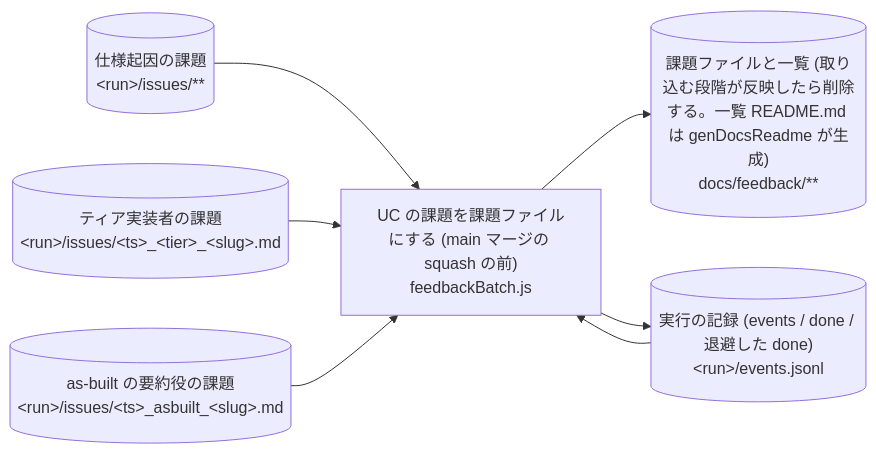
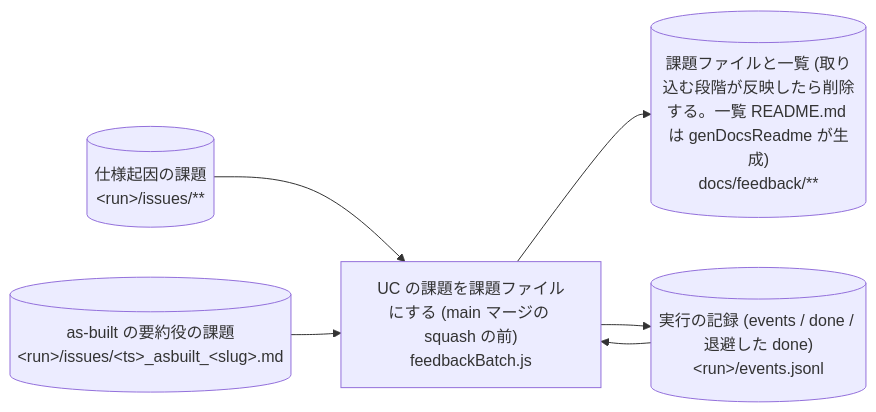
Before and after one commit to suwa-sh/suwa-sh-claude-plugins: diagram 52 of 53 in plugins/distillery2/skills/d2-common/references/dataflow.md, drawn with Mermaid. The commit also changed other lines of this file and 19 other files, not shown here.

````diff
--- a/plugins/distillery2/skills/d2-common/references/dataflow.md
+++ b/plugins/distillery2/skills/d2-common/references/dataflow.md
@@ -1232,15 +1252,13 @@
 ```mermaid
 flowchart LR
   p_run_uc_file_issues["UC の課題を課題ファイルにする (main マージの squash の前)<br/>feedbackBatch.js"]
   s_issues[("仕様起因の課題<br/>#lt;run#gt;/issues/**")]
-  s_issues_tier[("ティア実装者の課題<br/>#lt;run#gt;/issues/#lt;ts#gt;_#lt;tier#gt;_#lt;slug#gt;.md")]
   s_issues_asbuilt[("as-built の要約役の課題<br/>#lt;run#gt;/issues/#lt;ts#gt;_asbuilt_#lt;slug#gt;.md")]
   s_run_events[("実行の記録 (events / done / 退避した done)<br/>#lt;run#gt;/events.jsonl")]
   s_feedback_docs[("課題ファイルと一覧 (取り込む段階が反映したら削除する。一覧 README.md は genDocsReadme が生成)<br/>docs/feedback/**")]
   s_issues --> p_run_uc_file_issues
-  s_issues_tier --> p_run_uc_file_issues
   s_issues_asbuilt --> p_run_uc_file_issues
   s_run_events --> p_run_uc_file_issues
   p_run_uc_file_issues --> s_feedback_docs
   p_run_uc_file_issues --> s_run_events
 ```
````
